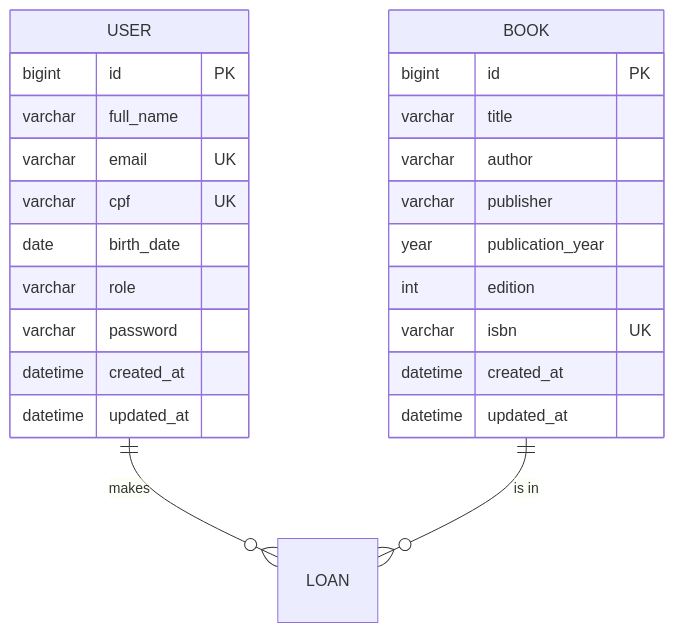
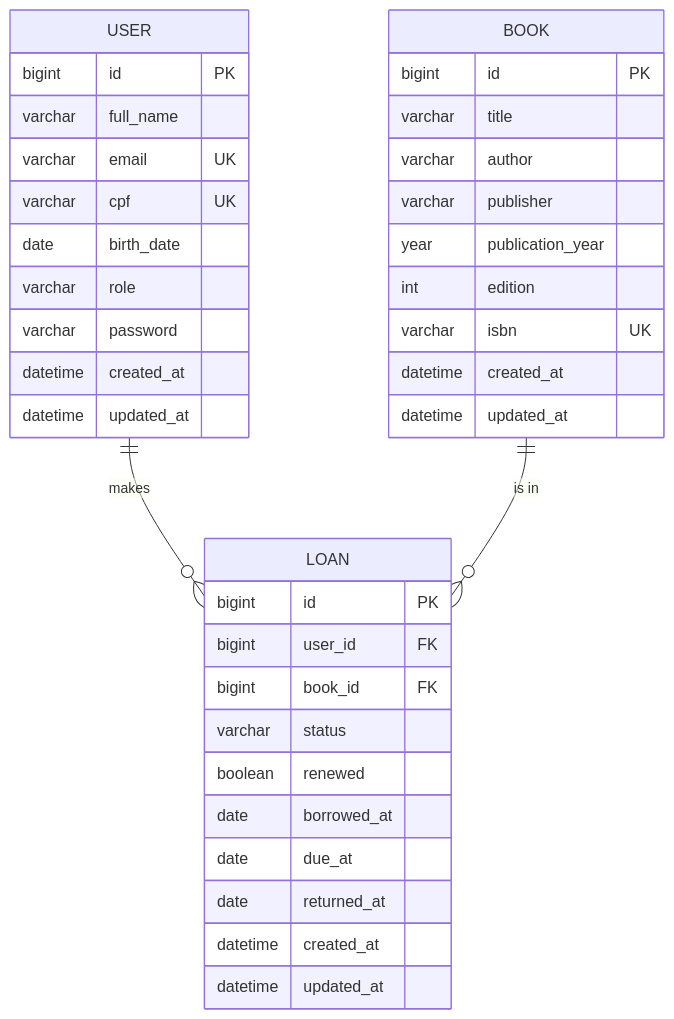
The second of 2 diagrams in README.md (alineaos/gerenciador-de-bibliotecas), drawn with Mermaid before and after one commit. The commit also changed other lines of this file, not shown here.

Commit message:
:books: docs(README): Atualizar README
- Atualizar Roadmap de desenvolvimento: Entidade Book concluída e inicio do desenvolvimento da entidade Loan
- Adicionar colunas da entidade Loan na arquitetura do banco de dados

````diff
--- a/README.md
+++ b/README.md
@@ -84,29 +84,42 @@
 ```mermaid
 erDiagram
     USER ||--o{ LOAN : "makes"
     BOOK ||--o{ LOAN : "is in"
 
     USER {
         bigint id PK
         varchar full_name
         varchar email UK
         varchar cpf UK
         date birth_date
         varchar role
         varchar password
         datetime created_at
         datetime updated_at
     }
 
     BOOK {
         bigint id PK
         varchar title
         varchar author
         varchar publisher
         year publication_year
         int edition
         varchar isbn UK
         datetime created_at
         datetime updated_at
     }
+
+    LOAN{
+        bigint id PK
+        bigint user_id FK
+        bigint book_id FK
+        varchar status
+        boolean renewed
+        date borrowed_at
+        date due_at
+        date returned_at
+        datetime created_at
+        datetime updated_at
+    }
 ```
````
